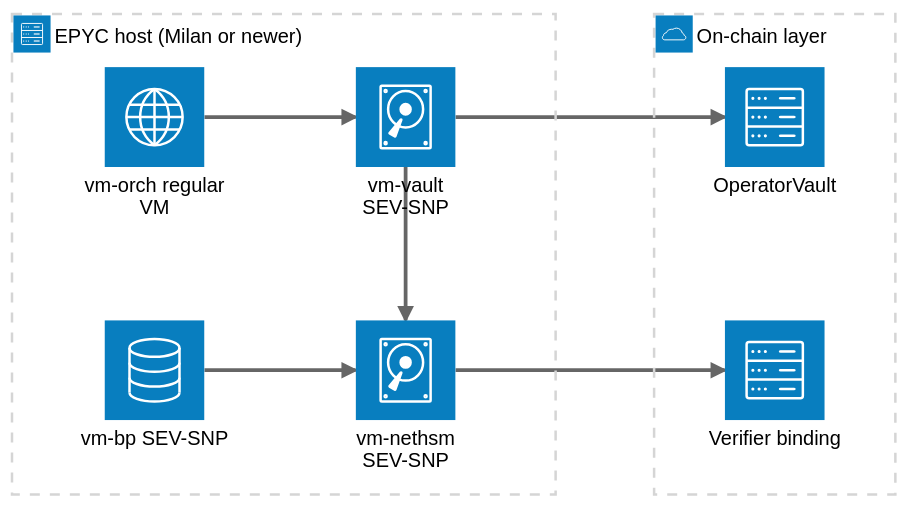
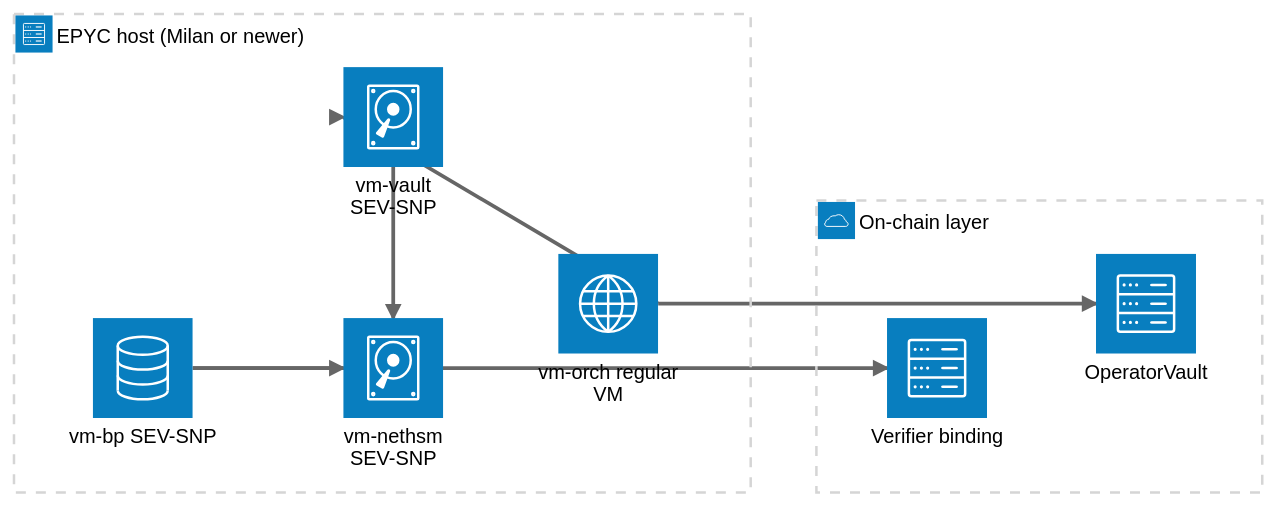
Before and after one commit to igor53627/2d-docs: the third of 3 diagrams in src/content/docs/architecture/hsm-topology.mdx, drawn with Mermaid (neutral theme). The commit also changed 1 other file, not shown here.

Commit message:
docs: fix HSM topology architecture links

````diff
--- a/src/content/docs/architecture/hsm-topology.mdx
+++ b/src/content/docs/architecture/hsm-topology.mdx
@@ -111,19 +111,19 @@
 ```mermaid
 architecture-beta
   group epyc(server)["EPYC host (Milan or newer)"]
 
   service orch(internet)["vm-orch regular VM"] in epyc
   service vault(disk)["vm-vault SEV-SNP"] in epyc
   service bp(database)["vm-bp SEV-SNP"] in epyc
   service hsm(disk)["vm-nethsm SEV-SNP"] in epyc
 
   group onchain(cloud)["On-chain layer"]
   service ovault(server)["OperatorVault"] in onchain
   service verifier(server)["Verifier binding"] in onchain
 
   orch:R --> L:vault
   vault:B --> T:hsm
   bp:R --> L:hsm
-  vault:R --> L:ovault
-  hsm:R --> L:verifier
+  orch:R --> L:ovault
+  bp:R --> L:verifier
 ```
````
